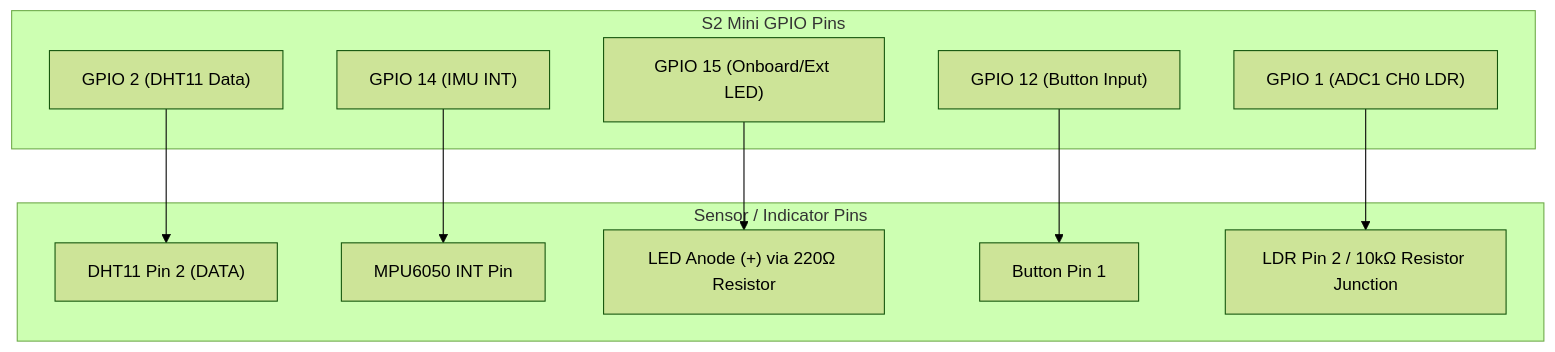
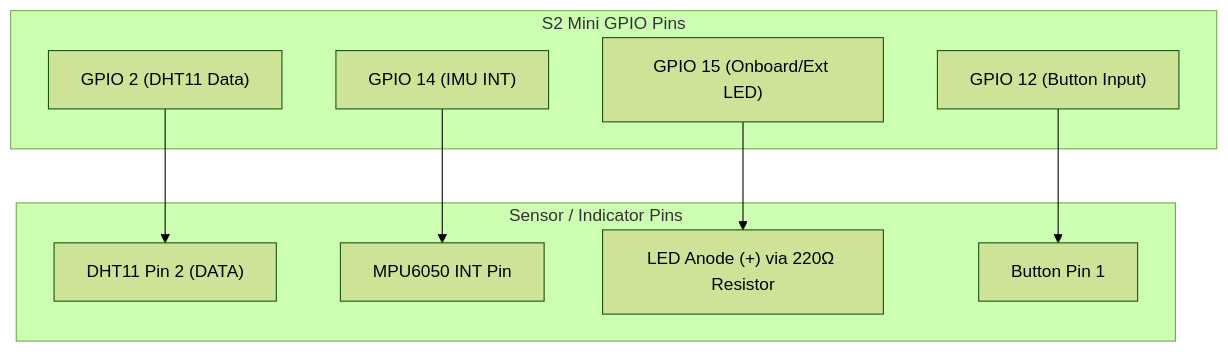
Before and after one commit to MateusAlo/Embedded-System: the third of 3 diagrams in pin_connect.md, drawn with Mermaid (forest theme). The commit also changed other lines of this file, not shown here.

Commit message:
Updated the pin connections file

````diff
--- a/pin_connect.md
+++ b/pin_connect.md
@@ -158,24 +147,21 @@
 ```mermaid
 graph TD
     subgraph S2Mini_GPIO ["S2 Mini GPIO Pins"]
         G2["GPIO 2 (DHT11 Data)"]
         G14["GPIO 14 (IMU INT)"]
         G15["GPIO 15 (Onboard/Ext LED)"]
         G12["GPIO 12 (Button Input)"]
-        G1["GPIO 1 (ADC1 CH0 LDR)"]
     end
 
     subgraph Peripherals ["Sensor / Indicator Pins"]
         DHT11["DHT11 Pin 2 (DATA)"]
         IMU_INT["MPU6050 INT Pin"]
         LED["LED Anode (+) via 220Ω Resistor"]
         BTN["Button Pin 1"]
-        LDR["LDR Pin 2 / 10kΩ Resistor Junction"]
     end
 
     G2 --> DHT11
     G14 --> IMU_INT
     G15 --> LED
     G12 --> BTN
-    G1 --> LDR
 ```
````
